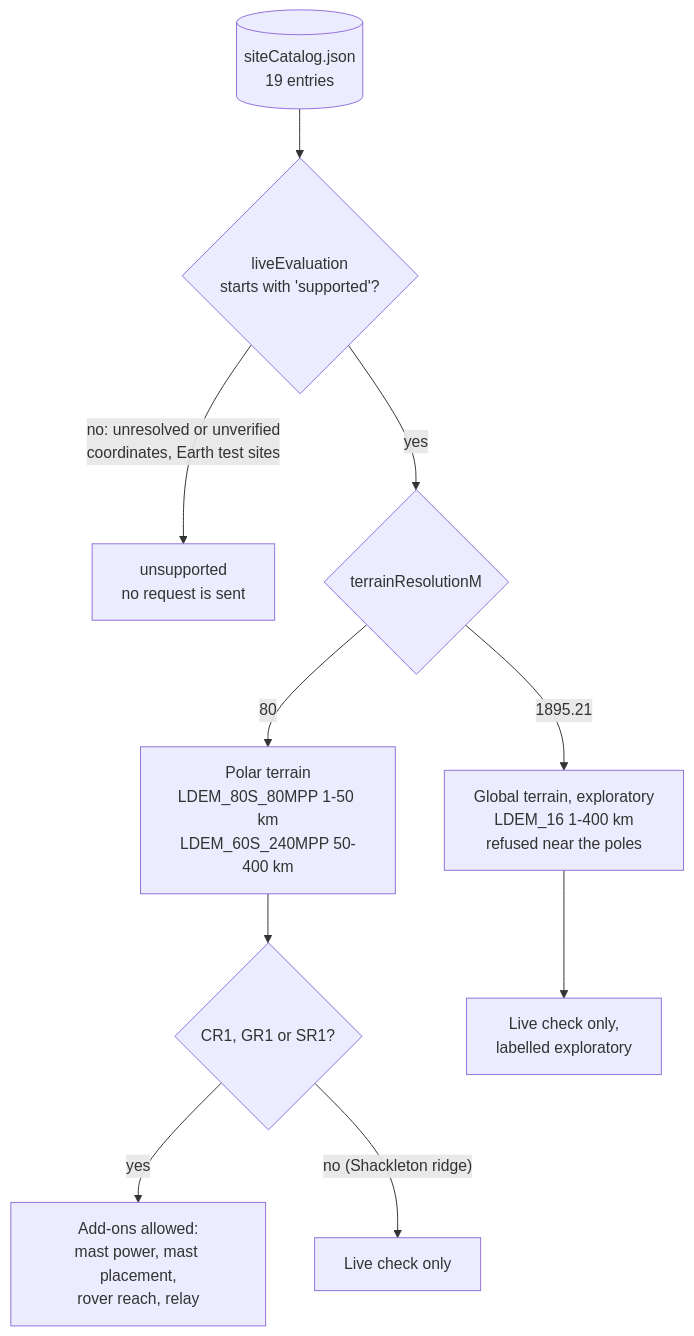
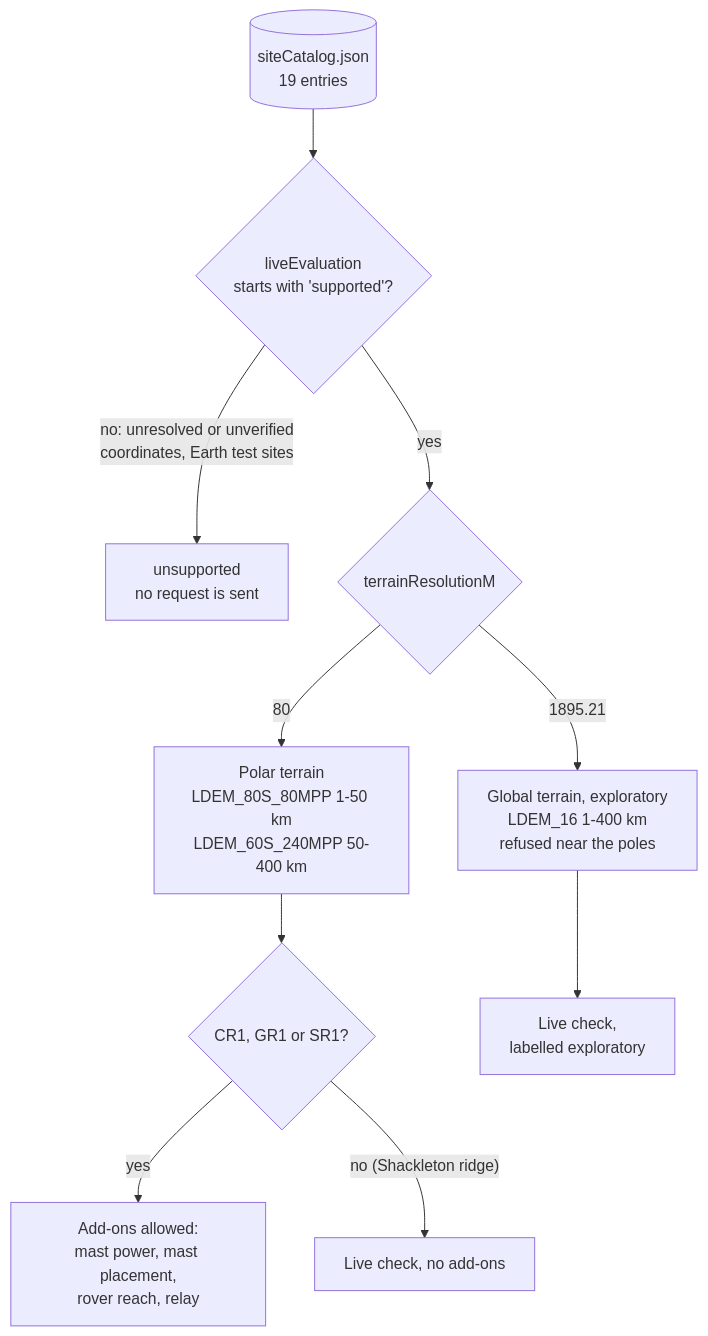
Before and after one commit to PentaHexaKong/nasa-skyline: diagram 14 of 14 in docs/architecture/system-design.md, drawn with Mermaid. The commit also changed other lines of this file and 21 other files, not shown here.

````diff
--- a/docs/architecture/system-design.md
+++ b/docs/architecture/system-design.md
@@ -522,13 +522,13 @@
 ```mermaid
 flowchart TB
     cat[("siteCatalog.json<br/>19 entries")]
     cat --> q1{"liveEvaluation<br/>starts with 'supported'?"}
     q1 -->|"no: unresolved or unverified<br/>coordinates, Earth test sites"| un["unsupported<br/>no request is sent"]
     q1 -->|yes| q2{"terrainResolutionM"}
     q2 -->|"80"| polar["Polar terrain<br/>LDEM_80S_80MPP 1-50 km<br/>LDEM_60S_240MPP 50-400 km"]
     q2 -->|"1895.21"| global["Global terrain, exploratory<br/>LDEM_16 1-400 km<br/>refused near the poles"]
     polar --> q3{"CR1, GR1 or SR1?"}
     q3 -->|yes| addons["Add-ons allowed:<br/>mast power, mast placement,<br/>rover reach, relay"]
-    q3 -->|"no (Shackleton ridge)"| live["Live check only"]
-    global --> live2["Live check only,<br/>labelled exploratory"]
+    q3 -->|"no (Shackleton ridge)"| live["Live check, no add-ons"]
+    global --> live2["Live check,<br/>labelled exploratory"]
 ```
````
